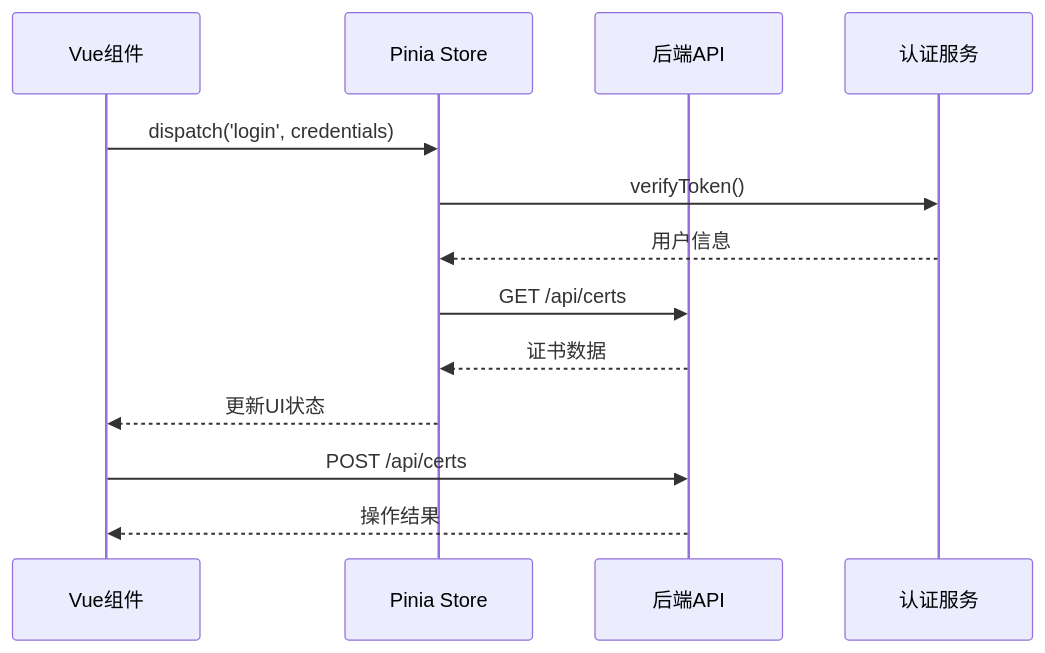
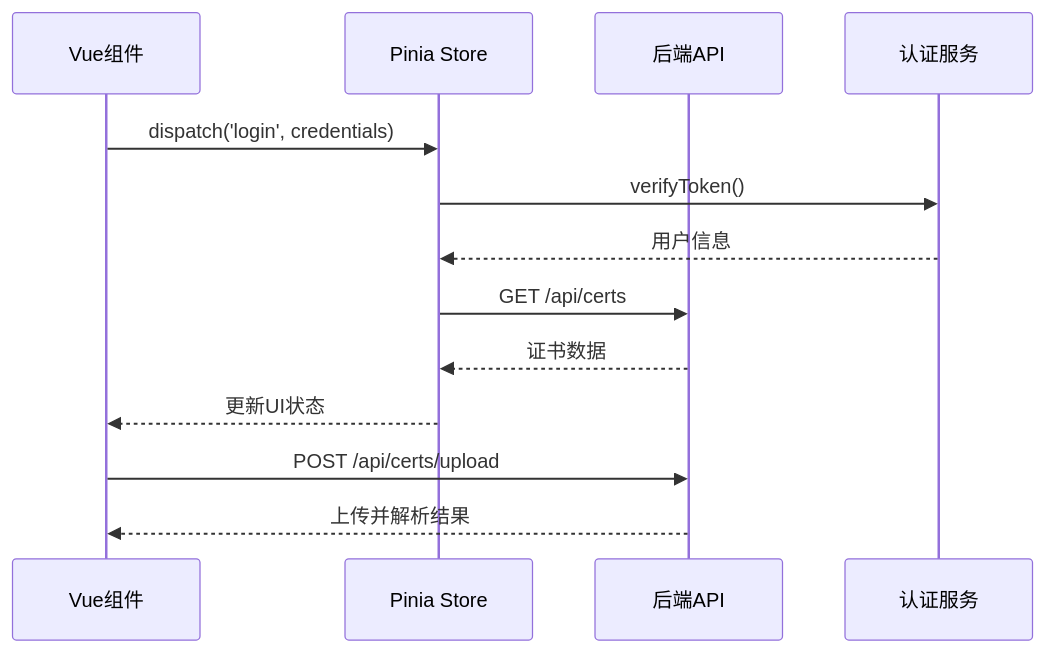
One commit to ismine3/OPS changed the tenth of 11 diagrams in .qoder/repowiki/zh/content/核心功能模块/SSL证书管理系统.md. Above: the diagram before and after it, drawn with Mermaid. The commit also changed other lines of this file and 17 other files, not shown here.

````diff
--- a/.qoder/repowiki/zh/content/核心功能模块/SSL证书管理系统.md
+++ b/.qoder/repowiki/zh/content/核心功能模块/SSL证书管理系统.md
@@ -413,15 +530,15 @@
 ```mermaid
 sequenceDiagram
 participant Vue as Vue组件
 participant Store as Pinia Store
 participant API as 后端API
 participant Auth as 认证服务
 Vue->>Store : dispatch('login', credentials)
 Store->>Auth : verifyToken()
 Auth-->>Store : 用户信息
 Store->>API : GET /api/certs
 API-->>Store : 证书数据
 Store-->>Vue : 更新UI状态
-Vue->>API : POST /api/certs
-API-->>Vue : 操作结果
+Vue->>API : POST /api/certs/upload
+API-->>Vue : 上传并解析结果
 ```
````
